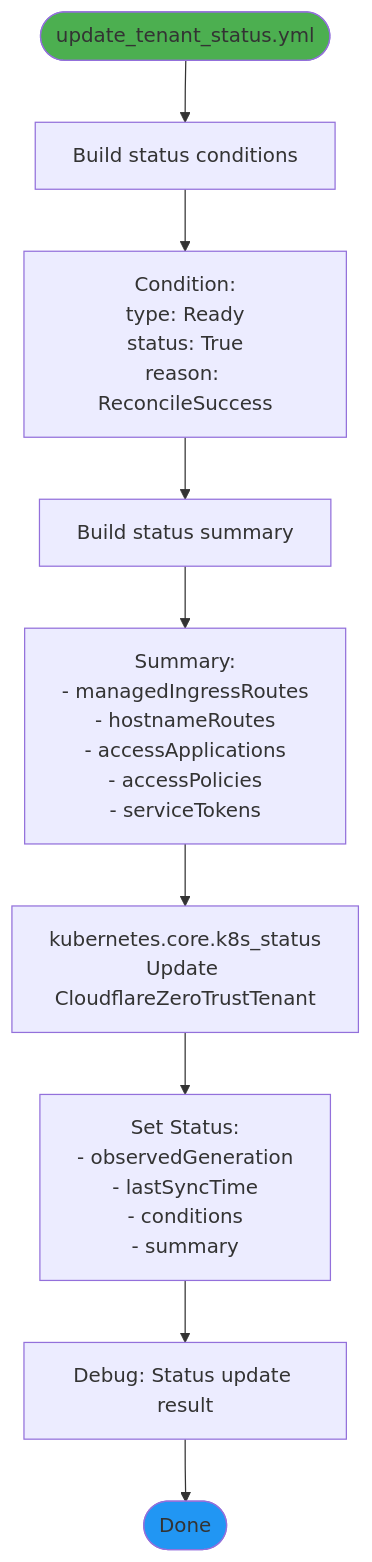
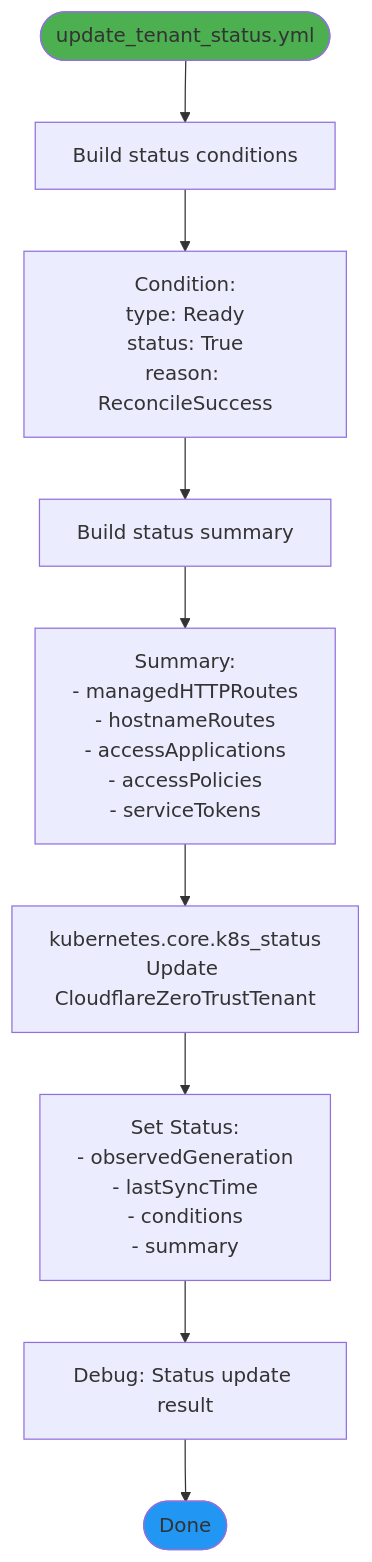
Before and after one commit to wheetazlab/cloudflare-zero-trust-operator: diagram 12 of 20 in docs/flow.md, drawn with Mermaid. The commit also changed other lines of this file and 24 other files, not shown here.

````diff
--- a/docs/flow.md
+++ b/docs/flow.md
@@ -836,21 +836,21 @@
 ```mermaid
 flowchart TD
     START([update_tenant_status.yml]) --> BUILD_COND[Build status conditions]
     
     BUILD_COND --> READY[Condition:<br/>type: Ready<br/>status: True<br/>reason: ReconcileSuccess]
     
     READY --> BUILD_SUM[Build status summary]
     
-    BUILD_SUM --> SUM[Summary:<br/>- managedIngressRoutes<br/>- hostnameRoutes<br/>- accessApplications<br/>- accessPolicies<br/>- serviceTokens]
+    BUILD_SUM --> SUM[Summary:<br/>- managedHTTPRoutes<br/>- hostnameRoutes<br/>- accessApplications<br/>- accessPolicies<br/>- serviceTokens]
     
     SUM --> UPDATE[kubernetes.core.k8s_status<br/>Update CloudflareZeroTrustTenant]
     
     UPDATE --> SET_STATUS[Set Status:<br/>- observedGeneration<br/>- lastSyncTime<br/>- conditions<br/>- summary]
     
     SET_STATUS --> LOG[Debug: Status update result]
     
     LOG --> END([Done])
     
     style START fill:#4CAF50
     style END fill:#2196F3
 ```
````
